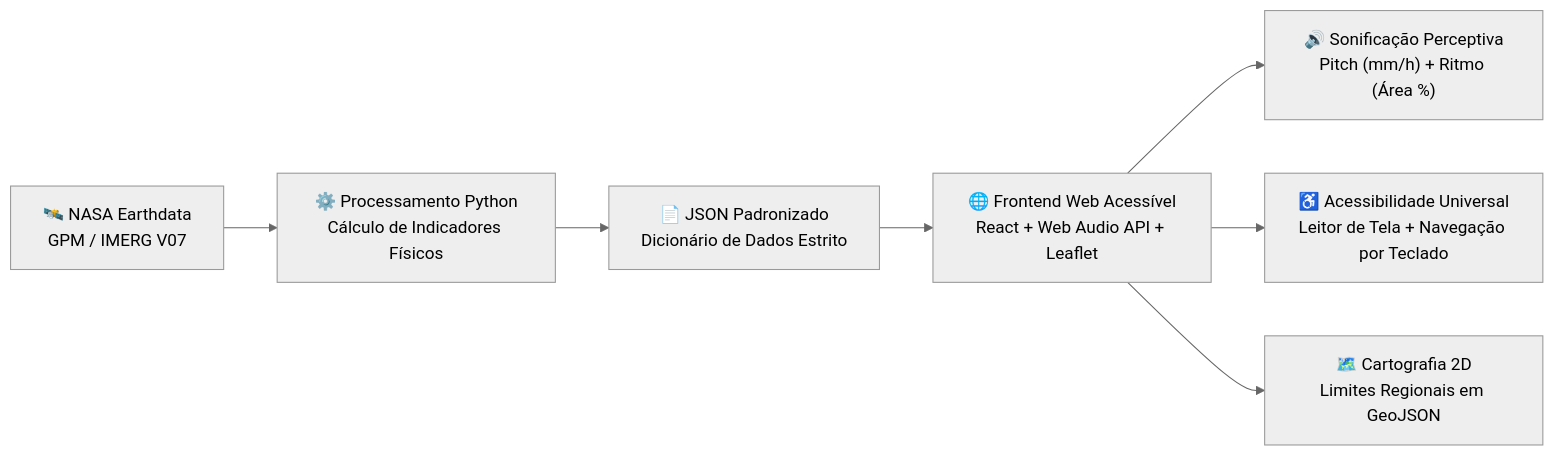
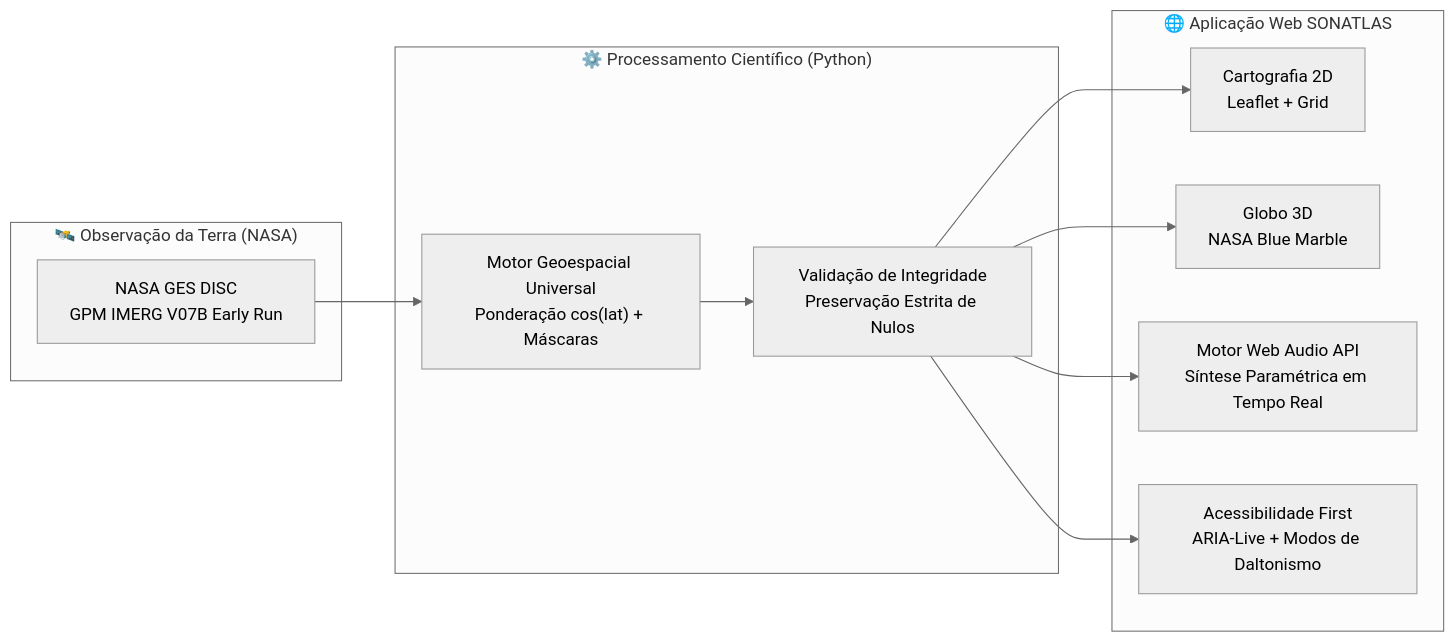
One commit to sarahgleice/Sonatlas_nasa changed the diagram in docs/index.md. Above: the diagram before and after it, drawn with Mermaid (neutral theme). The commit also changed other lines of this file and 6 other files, not shown here.

````diff
--- a/docs/index.md
+++ b/docs/index.md
@@ -34,9 +90,25 @@
 ```mermaid
 flowchart LR
-    A["🛰️ NASA Earthdata<br/>GPM / IMERG V07"] --> B["⚙️ Processamento Python<br/>Cálculo de Indicadores Físicos"]
-    B --> C["📄 JSON Padronizado<br/>Dicionário de Dados Estrito"]
-    C --> D["🌐 Frontend Web Acessível<br/>React + Web Audio API + Leaflet"]
-    D --> E["🔊 Sonificação Perceptiva<br/>Pitch (mm/h) + Ritmo (Área %)"]
-    D --> F["♿ Acessibilidade Universal<br/>Leitor de Tela + Navegação por Teclado"]
-    D --> G["🗺️ Cartografia 2D<br/>Limites Regionais em GeoJSON"]
+    subgraph Satelites ["🛰️ Observação da Terra (NASA)"]
+        NASA["NASA GES DISC<br/>GPM IMERG V07B Early Run"]
+    end
+
+    subgraph Processamento ["⚙️ Processamento Científico (Python)"]
+        ENG["Motor Geoespacial Universal<br/>Ponderação cos(lat) + Máscaras"]
+        VAL["Validação de Integridade<br/>Preservação Estrita de Nulos"]
+    end
+
+    subgraph Plataforma ["🌐 Aplicação Web SONATLAS"]
+        MAP2D["Cartografia 2D<br/>Leaflet + Grid"]
+        GLOBE["Globo 3D<br/>NASA Blue Marble"]
+        AUDIO["Motor Web Audio API<br/>Síntese Paramétrica em Tempo Real"]
+        A11Y["Acessibilidade First<br/>ARIA-Live + Modos de Daltonismo"]
+    end
+
+    NASA --> ENG
+    ENG --> VAL
+    VAL --> MAP2D
+    VAL --> GLOBE
+    VAL --> AUDIO
+    VAL --> A11Y
 ```
````
